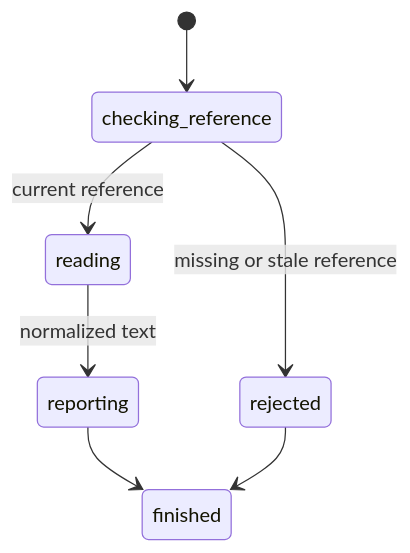
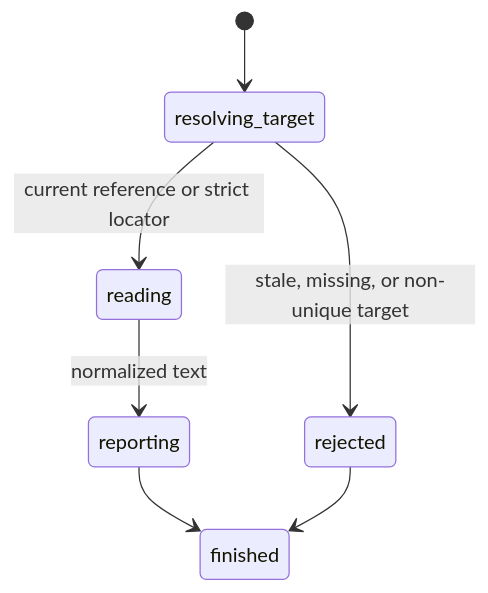
Before and after one commit to thoriqakbar0/browser.jr: the diagram in inspection/read-text.md, drawn with Mermaid. The commit also changed other lines of this file and 45 other files, not shown here.

````diff
--- a/inspection/read-text.md
+++ b/inspection/read-text.md
@@ -19,9 +19,9 @@
 ```mermaid
 stateDiagram-v2
-    [*] --> checking_reference
-    checking_reference --> rejected : missing or stale reference
-    checking_reference --> reading : current reference
+    [*] --> resolving_target
+    resolving_target --> rejected : stale, missing, or non-unique target
+    resolving_target --> reading : current reference or strict locator
     reading --> reporting : normalized text
     reporting --> finished
     rejected --> finished
 ```
````
